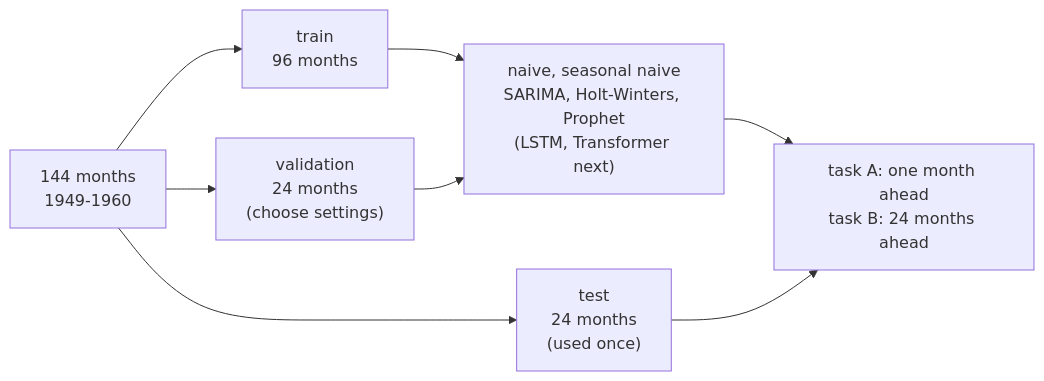
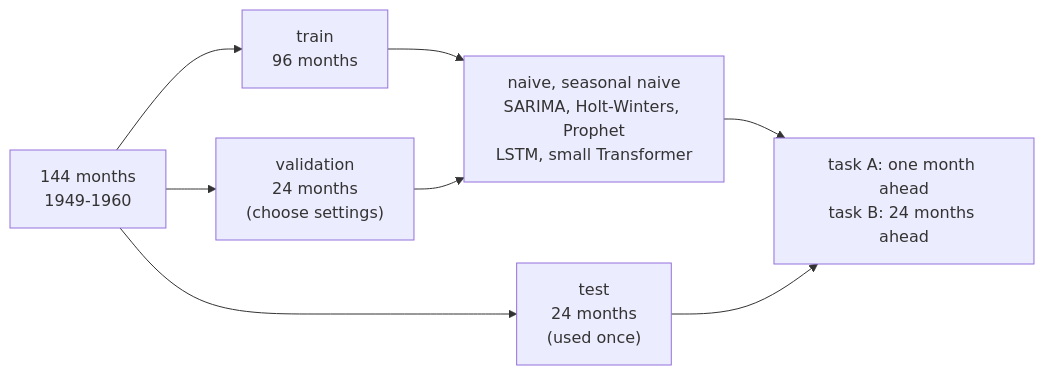
The diagram in README.md (maryammahmoudi1993/LSTM_passenges_prediction), drawn with Mermaid before and after one commit. The commit also changed other lines of this file and 1 other file, not shown here.

````diff
--- a/README.md
+++ b/README.md
@@ -18,10 +18,10 @@
 ```mermaid
 flowchart LR
     S["144 months<br/>1949-1960"] --> T["train<br/>96 months"]
     S --> V["validation<br/>24 months<br/>(choose settings)"]
     S --> E["test<br/>24 months<br/>(used once)"]
-    T --> M["naive, seasonal naive<br/>SARIMA, Holt-Winters, Prophet<br/>(LSTM, Transformer next)"]
+    T --> M["naive, seasonal naive<br/>SARIMA, Holt-Winters, Prophet<br/>LSTM, small Transformer"]
     V --> M
     M --> R["task A: one month ahead<br/>task B: 24 months ahead"]
     E --> R
 ```
````
